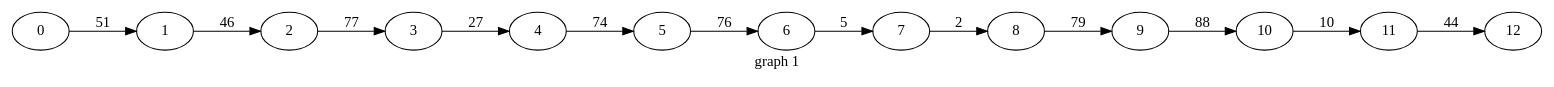
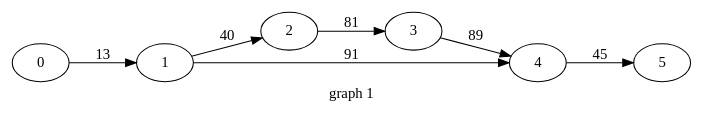
One commit to yesheng7152/CSC301--Finding-Maximum-Flow changed the diagram in graph1.dot. Above: the diagram before and after it, drawn with Graphviz. The commit also changed 44 other files, not shown here.

```diff
--- a/graph1.dot
+++ b/graph1.dot
@@ -1,18 +1,12 @@
 digraph g{
 
 rankdir = LR
-0 -> 1 [label = " 51 "];
-1 -> 2 [label = " 46 "];
-2 -> 3 [label = " 77 "];
-3 -> 4 [label = " 27 "];
-4 -> 5 [label = " 74 "];
-5 -> 6 [label = " 76 "];
-6 -> 7 [label = " 5 "];
-7 -> 8 [label = " 2 "];
-8 -> 9 [label = " 79 "];
-9 -> 10 [label = " 88 "];
-10 -> 11 [label = " 10 "];
-11 -> 12 [label = " 44 "];
+0 -> 1 [label = " 13 "];
+1 -> 2 [label = " 40 "];
+1 -> 4 [label = " 91 "];
+2 -> 3 [label = " 81 "];
+3 -> 4 [label = " 89 "];
+4 -> 5 [label = " 45 "];
 
 label = " graph 1"
 }
```
